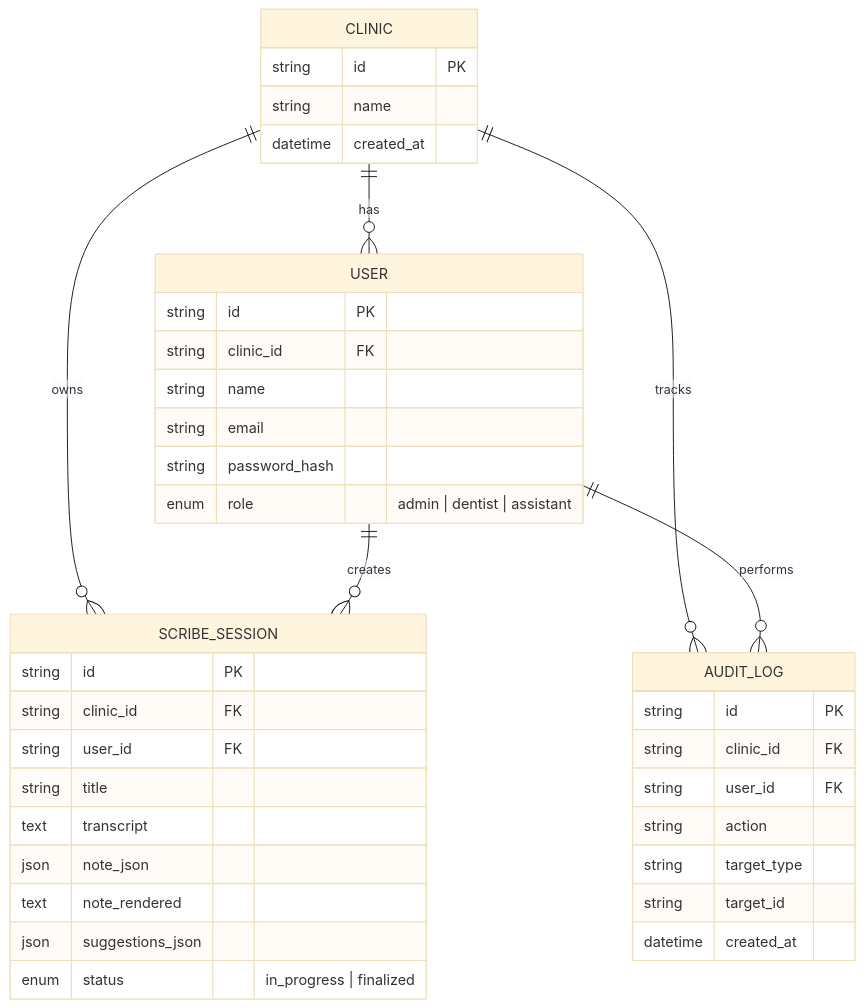
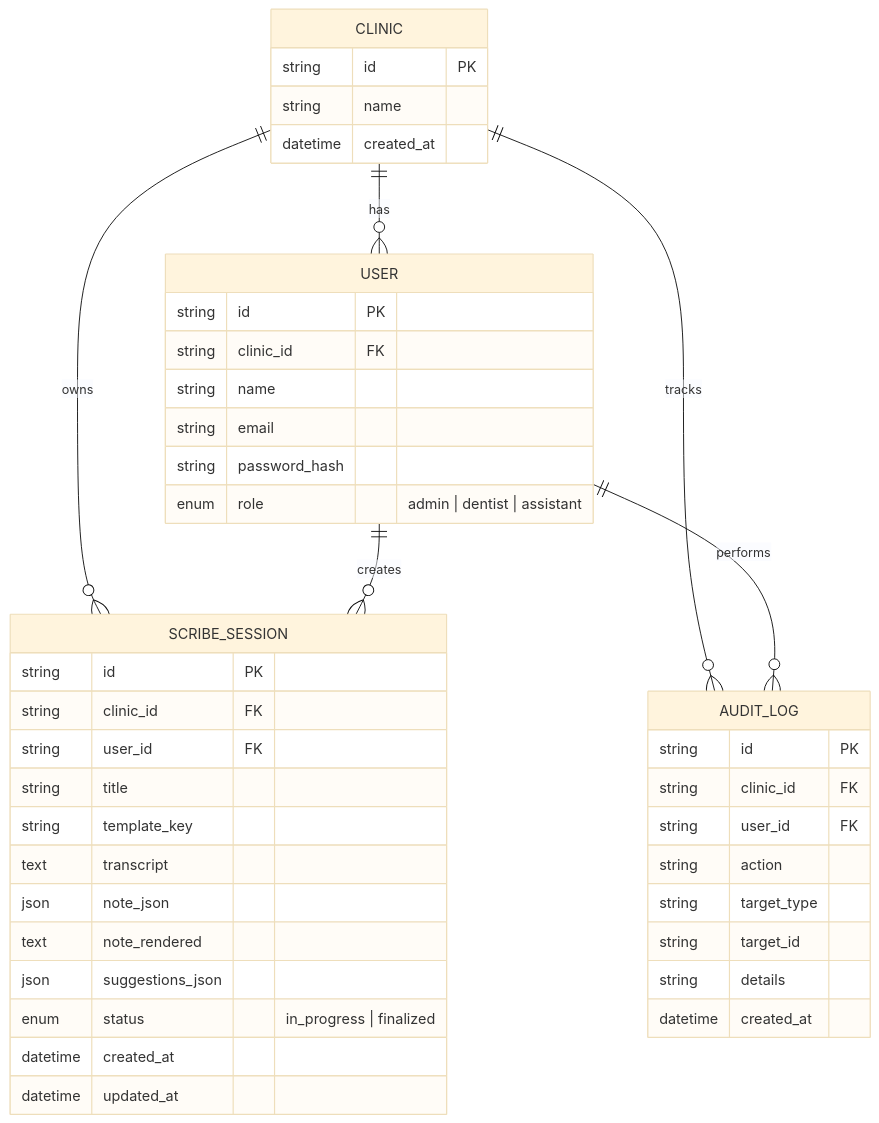
Before and after one commit to mihirgediya2001/milya-scribe-plus: the fourth of 4 diagrams in README.md, drawn with Mermaid (base theme). The commit also changed other lines of this file, not shown here.

Commit message:
Update README: multi-template architecture, API endpoints, design decisions

````diff
--- a/README.md
+++ b/README.md
@@ -141,42 +198,46 @@
 ```mermaid
 erDiagram
     CLINIC {
         string id PK
         string name
         datetime created_at
     }
     USER {
         string id PK
         string clinic_id FK
         string name
         string email
         string password_hash
         enum role "admin | dentist | assistant"
     }
     SCRIBE_SESSION {
         string id PK
         string clinic_id FK
         string user_id FK
         string title
+        string template_key
         text transcript
         json note_json
         text note_rendered
         json suggestions_json
         enum status "in_progress | finalized"
+        datetime created_at
+        datetime updated_at
     }
     AUDIT_LOG {
         string id PK
         string clinic_id FK
         string user_id FK
         string action
         string target_type
         string target_id
+        string details
         datetime created_at
     }
 
     CLINIC ||--o{ USER : "has"
     CLINIC ||--o{ SCRIBE_SESSION : "owns"
     CLINIC ||--o{ AUDIT_LOG : "tracks"
     USER ||--o{ SCRIBE_SESSION : "creates"
     USER ||--o{ AUDIT_LOG : "performs"
 ```
````
